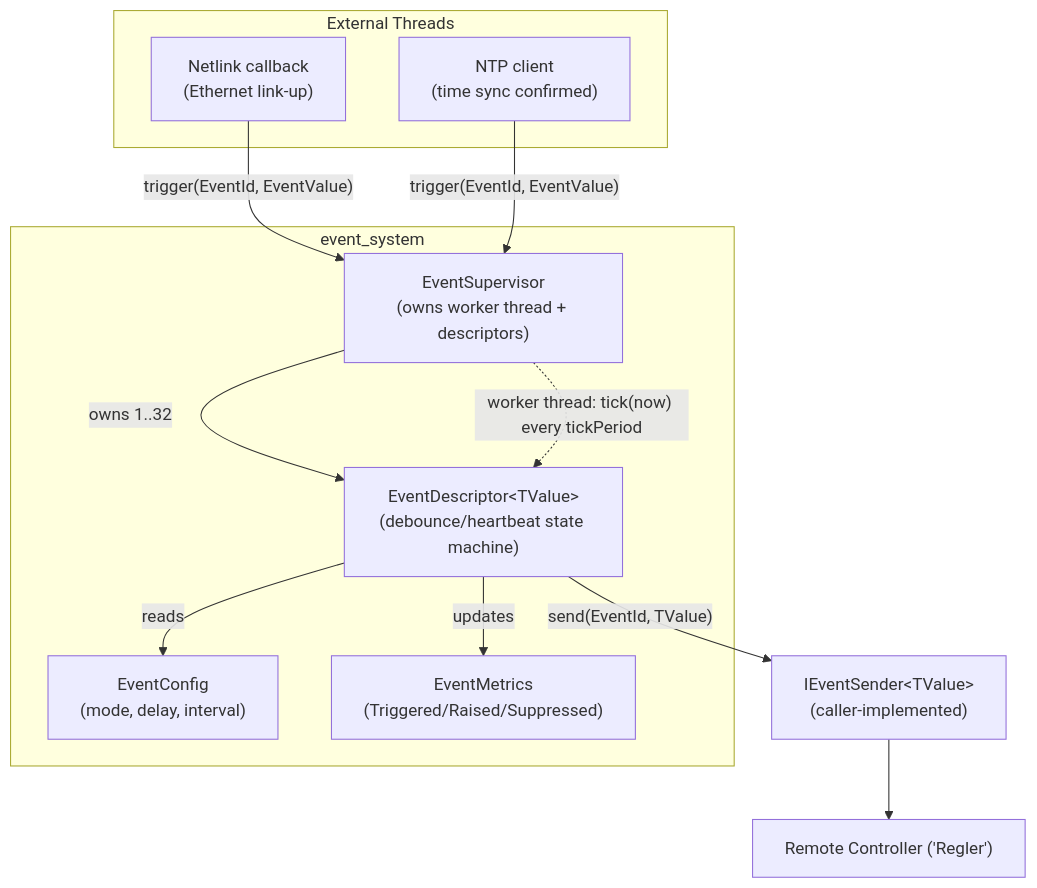
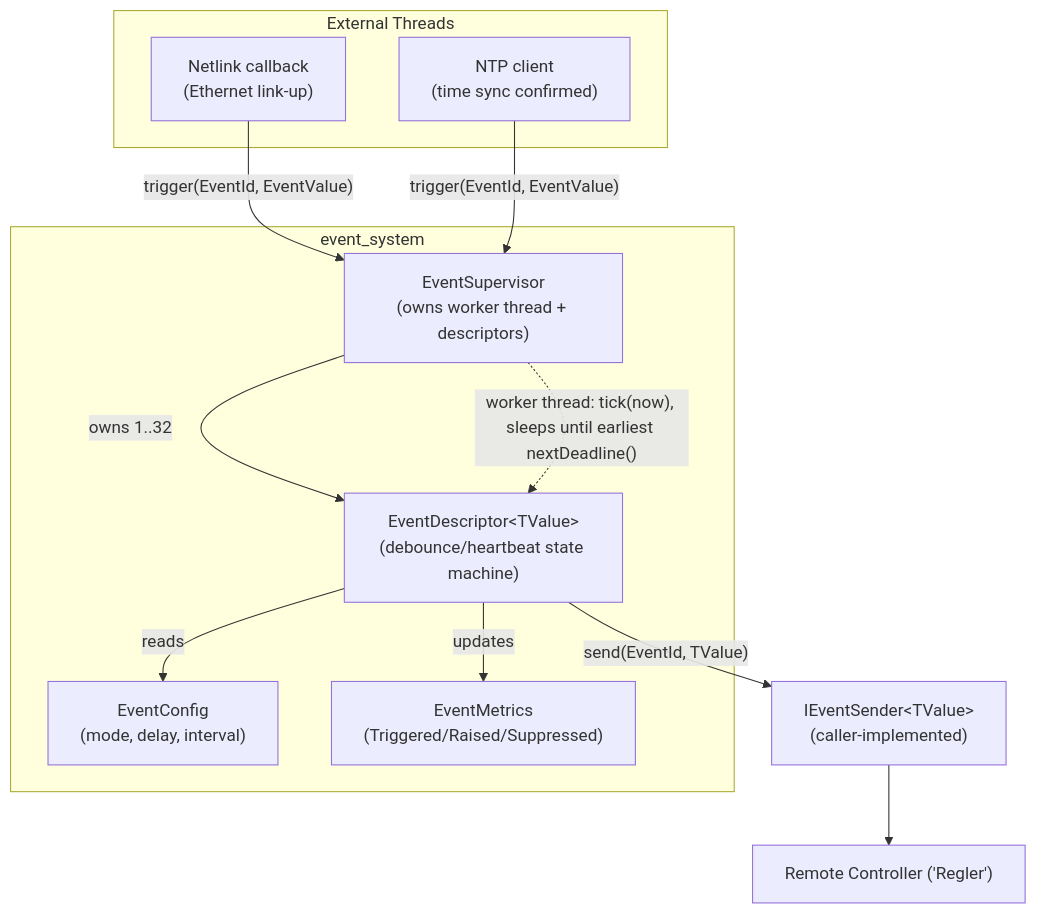
The first of 5 diagrams in README.md (alexcvc/event-supervision-core), drawn with Mermaid before and after one commit. The commit also changed other lines of this file and 6 other files, not shown here.

First line of the commit message:
Wake worker thread adaptively on nearest descriptor deadline (#3)

````diff
--- a/README.md
+++ b/README.md
@@ -16,26 +16,26 @@
 ```mermaid
 graph TD
     subgraph External["External Threads"]
         Netlink["Netlink callback\n(Ethernet link-up)"]
         NtpClient["NTP client\n(time sync confirmed)"]
     end
 
     subgraph Core["event_system"]
         Supervisor["EventSupervisor\n(owns worker thread + descriptors)"]
         Descriptor["EventDescriptor&lt;TValue&gt;\n(debounce/heartbeat state machine)"]
         Config["EventConfig\n(mode, delay, interval)"]
         Metrics["EventMetrics\n(Triggered/Raised/Suppressed)"]
     end
 
     Sender["IEventSender&lt;TValue&gt;\n(caller-implemented)"]
     Controller["Remote Controller ('Regler')"]
 
     Netlink -- "trigger(EventId, EventValue)" --> Supervisor
     NtpClient -- "trigger(EventId, EventValue)" --> Supervisor
     Supervisor -- "owns 1..32" --> Descriptor
-    Supervisor -. "worker thread: tick(now) every tickPeriod" .-> Descriptor
+    Supervisor -. "worker thread: tick(now), sleeps until earliest nextDeadline()" .-> Descriptor
     Descriptor -- "reads" --> Config
     Descriptor -- "updates" --> Metrics
     Descriptor -- "send(EventId, TValue)" --> Sender
     Sender --> Controller
 ```
````
